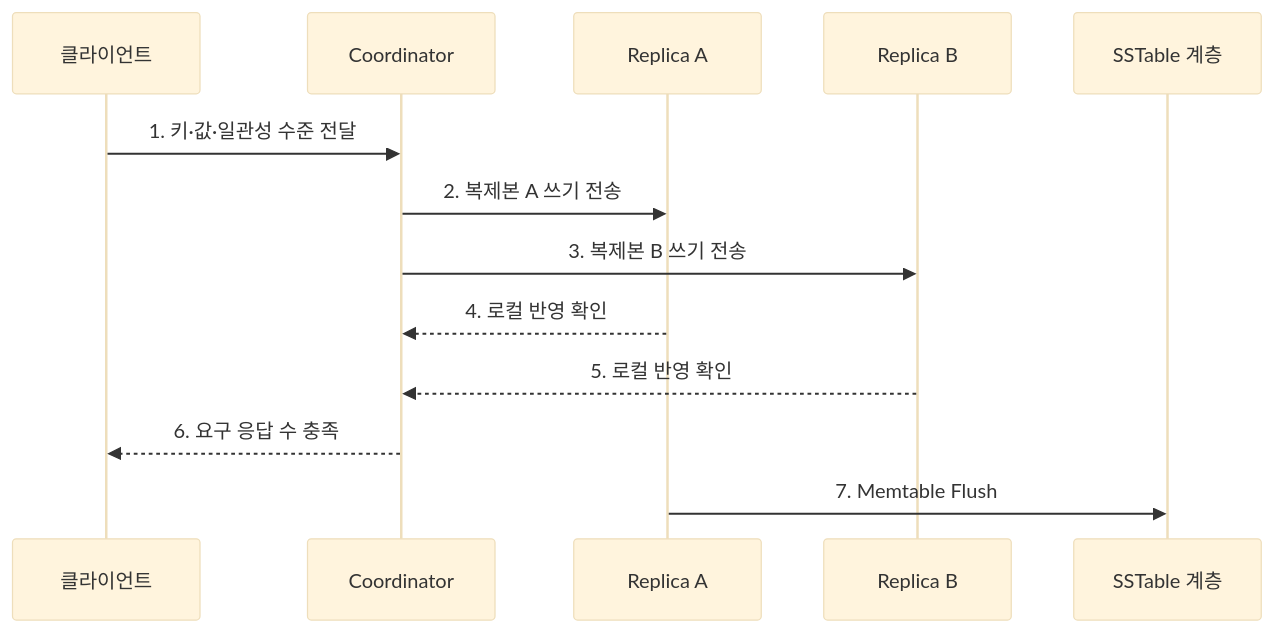
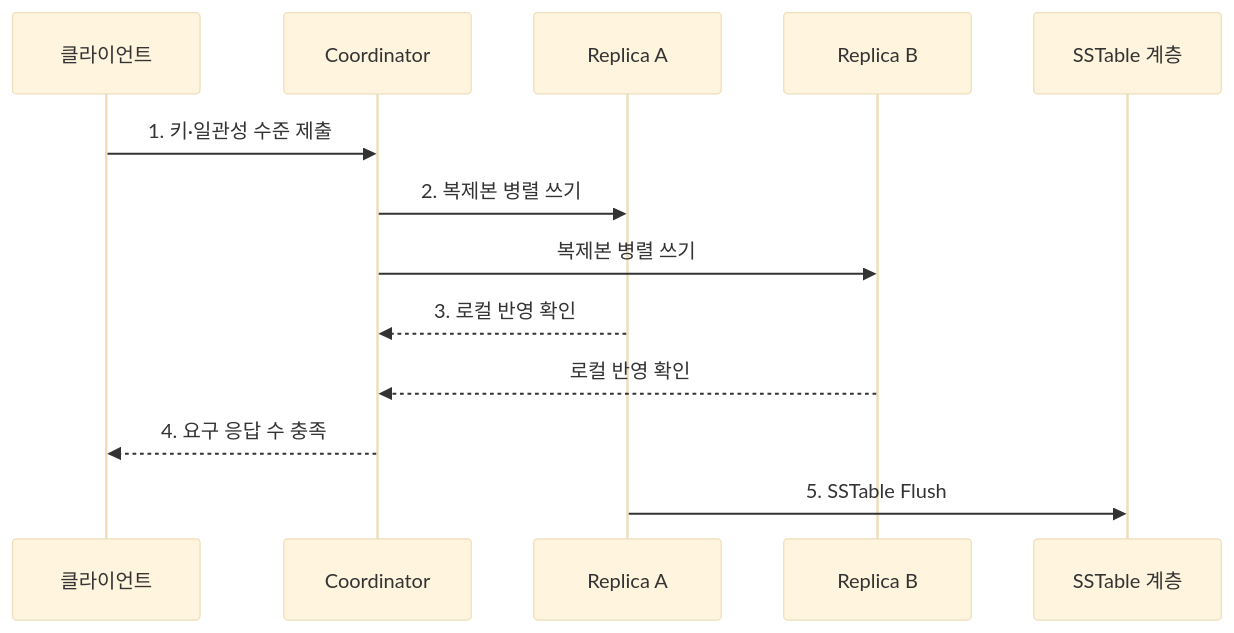
One commit to agnusdei1207/knowledge-base changed the second of 2 diagrams in src/content/docs/notes/03-software/108_cassandra_column_family.md. Above: the diagram before and after it, drawn with Mermaid (base theme). The commit also changed other lines of this file and 238 other files, not shown here.

````diff
--- a/src/content/docs/notes/03-software/108_cassandra_column_family.md
+++ b/src/content/docs/notes/03-software/108_cassandra_column_family.md
@@ -89,15 +89,15 @@
 ```mermaid
 sequenceDiagram
     participant C as 클라이언트
     participant O as Coordinator
     participant A as Replica A
     participant B as Replica B
     participant S as SSTable 계층
-    C->>O: 1. 키·값·일관성 수준 전달
-    O->>A: 2. 복제본 A 쓰기 전송
-    O->>B: 3. 복제본 B 쓰기 전송
-    A-->>O: 4. 로컬 반영 확인
-    B-->>O: 5. 로컬 반영 확인
-    O-->>C: 6. 요구 응답 수 충족
-    A->>S: 7. Memtable Flush
+    C->>O: 1. 키·일관성 수준 제출
+    O->>A: 2. 복제본 병렬 쓰기
+    O->>B: 복제본 병렬 쓰기
+    A-->>O: 3. 로컬 반영 확인
+    B-->>O: 로컬 반영 확인
+    O-->>C: 4. 요구 응답 수 충족
+    A->>S: 5. SSTable Flush
 ```
````
